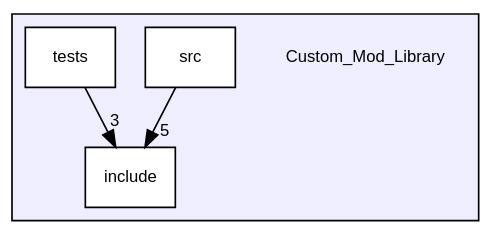
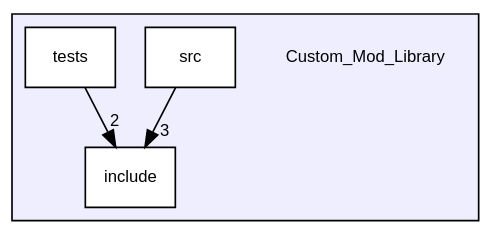
Before and after one commit to ejagombar/2021_Group_3: the diagram in dir_3d791e5d7456dbf61f6d7b678dfd72f4_dep.dot, drawn with Graphviz. The commit also changed 42 other files, not shown here.

```diff
--- a/dir_3d791e5d7456dbf61f6d7b678dfd72f4_dep.dot
+++ b/dir_3d791e5d7456dbf61f6d7b678dfd72f4_dep.dot
@@ -1,15 +1,15 @@
 digraph "/home/runner/work/2021_Group_3/2021_Group_3/Custom_Mod_Library" {
   bgcolor=transparent;
   compound=true
   node [ fontsize="10", fontname="Helvetica"];
   edge [ labelfontsize="10", labelfontname="Helvetica"];
   subgraph clusterdir_3d791e5d7456dbf61f6d7b678dfd72f4 {
     graph [ bgcolor="#eeeeff", pencolor="black", label="" URL="dir_3d791e5d7456dbf61f6d7b678dfd72f4.html"];
     dir_3d791e5d7456dbf61f6d7b678dfd72f4 [shape=plaintext label="Custom_Mod_Library"];
     dir_f5c7eabd21a874ae9d109060d168a55c [shape=box label="include" color="black" fillcolor="white" style="filled" URL="dir_f5c7eabd21a874ae9d109060d168a55c.html"];
     dir_cbd26f7b0946528e265beb2513fbf397 [shape=box label="src" color="black" fillcolor="white" style="filled" URL="dir_cbd26f7b0946528e265beb2513fbf397.html"];
     dir_812f6d6e07ea60e21fdef9b4c803a47a [shape=box label="tests" color="black" fillcolor="white" style="filled" URL="dir_812f6d6e07ea60e21fdef9b4c803a47a.html"];
   }
-  dir_812f6d6e07ea60e21fdef9b4c803a47a->dir_f5c7eabd21a874ae9d109060d168a55c [headlabel="3", labeldistance=1.5 headhref="dir_000003_000001.html"];
-  dir_cbd26f7b0946528e265beb2513fbf397->dir_f5c7eabd21a874ae9d109060d168a55c [headlabel="5", labeldistance=1.5 headhref="dir_000002_000001.html"];
+  dir_812f6d6e07ea60e21fdef9b4c803a47a->dir_f5c7eabd21a874ae9d109060d168a55c [headlabel="2", labeldistance=1.5 headhref="dir_000003_000001.html"];
+  dir_cbd26f7b0946528e265beb2513fbf397->dir_f5c7eabd21a874ae9d109060d168a55c [headlabel="3", labeldistance=1.5 headhref="dir_000002_000001.html"];
 }
```
